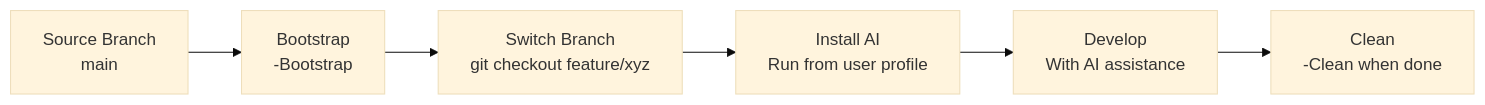
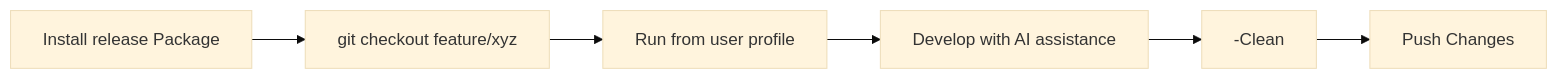
One commit to WodansSon/terraform-azurerm-ai-assisted-development changed the first of 2 diagrams in installer/README.md. Above: the diagram before and after it, drawn with Mermaid (base theme). The commit also changed 1 other file, not shown here.

Commit message:
Add source location messages to bash installer to match PowerShell

````diff
--- a/installer/README.md
+++ b/installer/README.md
@@ -588,8 +588,8 @@
 ```mermaid
 graph LR
-    A[Source Branch<br/>main] --> B[Bootstrap<br/>-Bootstrap]
-    B --> C[Switch Branch<br/>git checkout feature/xyz]
-    C --> D[Install AI<br/>Run from user profile]
-    D --> E[Develop<br/>With AI assistance]
-    E --> F[Clean<br/>-Clean when done]
+    A[Install release Package] --> B[git checkout feature/xyz]
+    B --> C[Run from user profile]
+    C --> D[Develop with AI assistance]
+    D --> E[-Clean]
+    E --> F[Push Changes]
 ```
````
